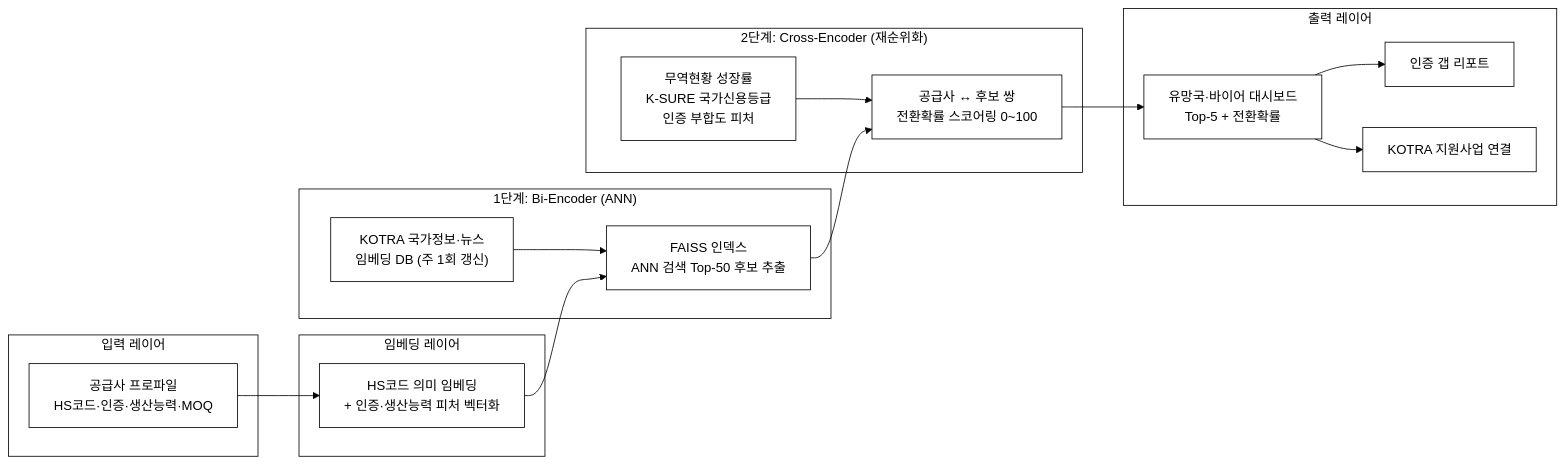
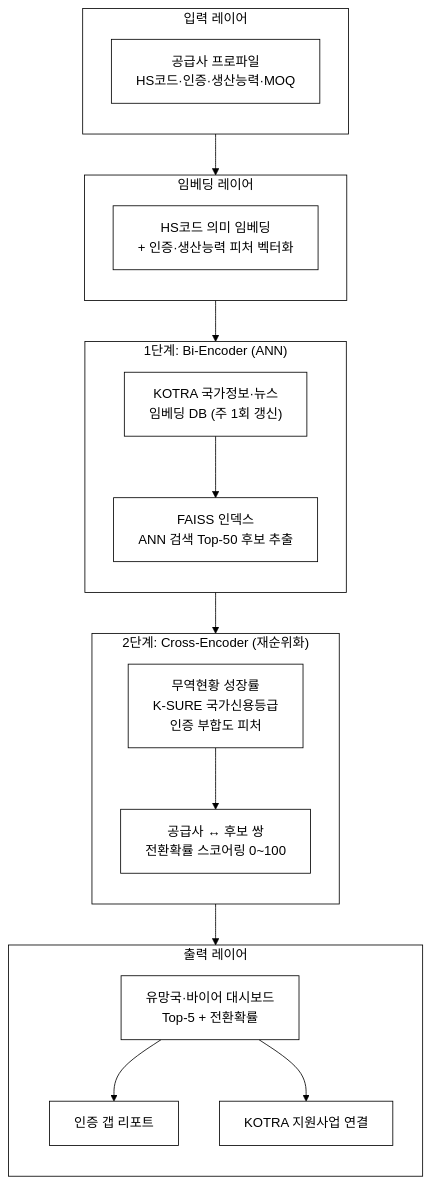
One commit to iamywl/pulicdata-congress changed the first of 5 diagrams in 08-AI바이어-매칭/biz/1_제안서.md. Above: the diagram before and after it, drawn with Mermaid. The commit also changed other lines of this file and 44 other files, not shown here.

````diff
--- a/08-AI바이어-매칭/biz/1_제안서.md
+++ b/08-AI바이어-매칭/biz/1_제안서.md
@@ -37,28 +37,33 @@
 ```mermaid
 %%{init: {'theme':'base','themeVariables':{'background':'#ffffff','primaryColor':'#ffffff','primaryBorderColor':'#000000','primaryTextColor':'#000000','secondaryColor':'#ffffff','secondaryBorderColor':'#000000','secondaryTextColor':'#000000','tertiaryColor':'#ffffff','tertiaryBorderColor':'#000000','tertiaryTextColor':'#000000','mainBkg':'#ffffff','secondBkg':'#ffffff','lineColor':'#000000','textColor':'#000000','clusterBkg':'#ffffff','clusterBorder':'#000000','edgeLabelBackground':'#ffffff','actorBkg':'#ffffff','actorBorder':'#000000','noteBkgColor':'#ffffff','noteBorderColor':'#000000','signalColor':'#000000','signalTextColor':'#000000','fontFamily':'Georgia, serif'}}}%%
-flowchart LR
+flowchart TB
     subgraph IN["입력 레이어"]
+        direction TB
         A["공급사 프로파일<br/>HS코드·인증·생산능력·MOQ"]
     end
     subgraph EMB["임베딩 레이어"]
+        direction TB
         B["HS코드 의미 임베딩<br/>+ 인증·생산능력 피처 벡터화"]
     end
     subgraph STAGE1["1단계: Bi-Encoder (ANN)"]
+        direction TB
         C["FAISS 인덱스<br/>ANN 검색 Top-50 후보 추출"]
         DB1["KOTRA 국가정보·뉴스<br/>임베딩 DB (주 1회 갱신)"]
         DB1 --> C
     end
     subgraph STAGE2["2단계: Cross-Encoder (재순위화)"]
+        direction TB
         D["공급사 ↔ 후보 쌍<br/>전환확률 스코어링 0~100"]
         DB2["무역현황 성장률<br/>K-SURE 국가신용등급<br/>인증 부합도 피처"]
         DB2 --> D
     end
     subgraph OUT["출력 레이어"]
+        direction TB
         E["유망국·바이어 대시보드<br/>Top-5 + 전환확률"]
         F["인증 갭 리포트"]
         G["KOTRA 지원사업 연결"]
     end
     A --> B --> C --> D --> E
     E --> F
     E --> G
 ```
````
